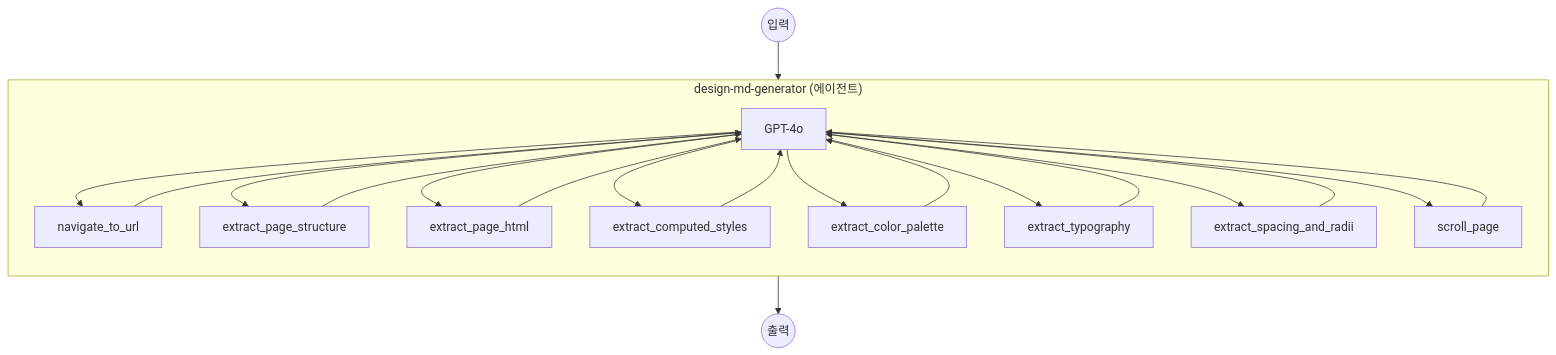
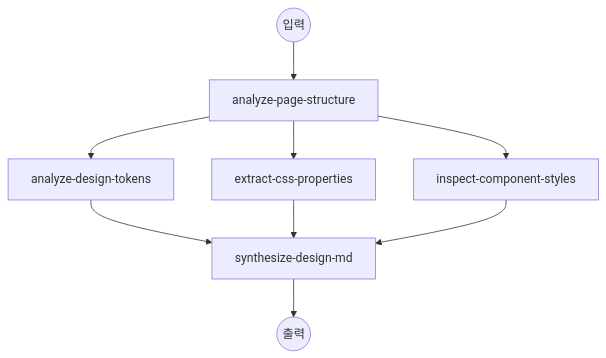
The diagram in examples/agents/design-md-generator/README.ko.md (hanyeol/model-compose), drawn with Mermaid before and after one commit. The commit also changed other lines of this file and 2 other files, not shown here.

Commit message:
Update README.md for design-md-generator example

````diff
--- a/examples/agents/design-md-generator/README.ko.md
+++ b/examples/agents/design-md-generator/README.ko.md
@@ -89,22 +93,9 @@
 ```mermaid
 graph TD
-    Input((입력)) --> Agent
-
-    subgraph Agent["design-md-generator (에이전트)"]
-        direction TB
-        LLM[GPT-4o]
-        T1[navigate_to_url]
-        T2[extract_page_structure]
-        T3[extract_page_html]
-        T4[extract_computed_styles]
-        T5[extract_color_palette]
-        T6[extract_typography]
-        T7[extract_spacing_and_radii]
-        T8[scroll_page]
-
-        LLM --> T1 & T2 & T3 & T4 & T5 & T6 & T7 & T8
-        T1 & T2 & T3 & T4 & T5 & T6 & T7 & T8 --> LLM
-    end
-
-    Agent --> Output((출력))
+    Input((입력)) --> S1[analyze-page-structure]
+    S1 --> S2[analyze-design-tokens]
+    S1 --> S3[extract-css-properties]
+    S1 --> S4[inspect-component-styles]
+    S2 & S3 & S4 --> S5[synthesize-design-md]
+    S5 --> Output((출력))
 ```
````
